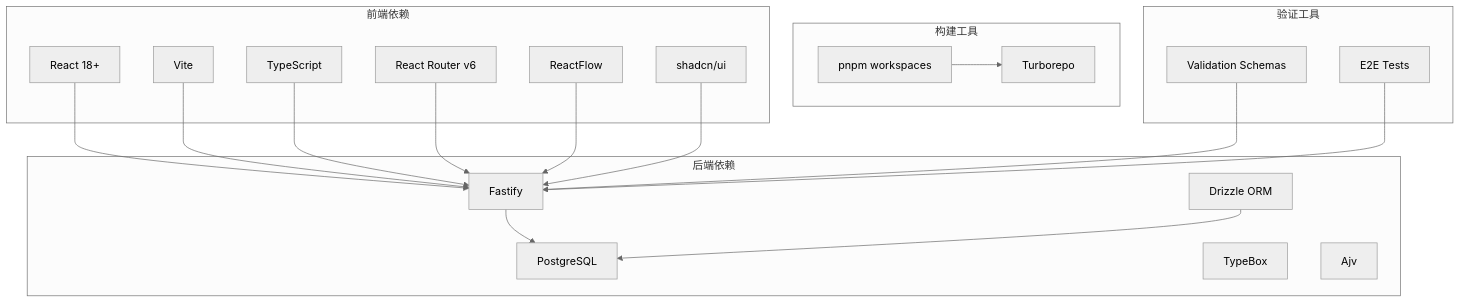
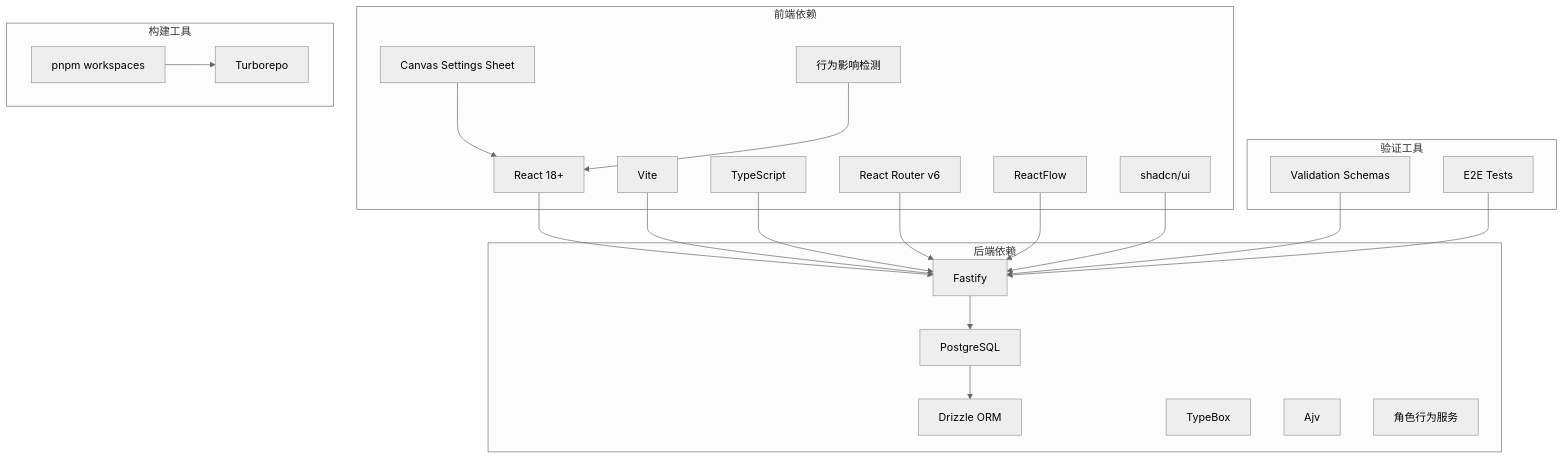
Before and after one commit to kai-cui1/ai-prototype-manager: the tenth of 11 diagrams in .qoder/repowiki/zh/content/后端开发/业务流程技术设计.md, drawn with Mermaid (neutral theme). The commit also changed other lines of this file and 114 other files, not shown here.

First line of the commit message:
docs: 路线图/AGENTS/知识库同步 + 系统架构图

````diff
--- a/.qoder/repowiki/zh/content/后端开发/业务流程技术设计.md
+++ b/.qoder/repowiki/zh/content/后端开发/业务流程技术设计.md
@@ -342,37 +613,42 @@
 ```mermaid
 graph TB
 subgraph "前端依赖"
 A[React 18+]
 B[Vite]
 C[TypeScript]
 D[React Router v6]
 E[ReactFlow]
 F[shadcn/ui]
+G[Canvas Settings Sheet]
+H[行为影响检测]
 end
 subgraph "后端依赖"
-G[Fastify]
-H[PostgreSQL]
-I[Drizzle ORM]
-J[TypeBox]
-K[Ajv]
+I[Fastify]
+J[PostgreSQL]
+K[Drizzle ORM]
+L[TypeBox]
+M[Ajv]
+N[角色行为服务]
 end
 subgraph "构建工具"
-L[pnpm workspaces]
-M[Turborepo]
+O[pnpm workspaces]
+P[Turborepo]
 end
 subgraph "验证工具"
-N[Validation Schemas]
-O[E2E Tests]
+Q[Validation Schemas]
+R[E2E Tests]
 end
-A --> G
-B --> G
-C --> G
-D --> G
-E --> G
-F --> G
-G --> H
-I --> H
-L --> M
-N --> G
-O --> G
+A --> I
+B --> I
+C --> I
+D --> I
+E --> I
+F --> I
+G --> A
+H --> A
+I --> J
+J --> K
+O --> P
+Q --> I
+R --> I
 ```
````
